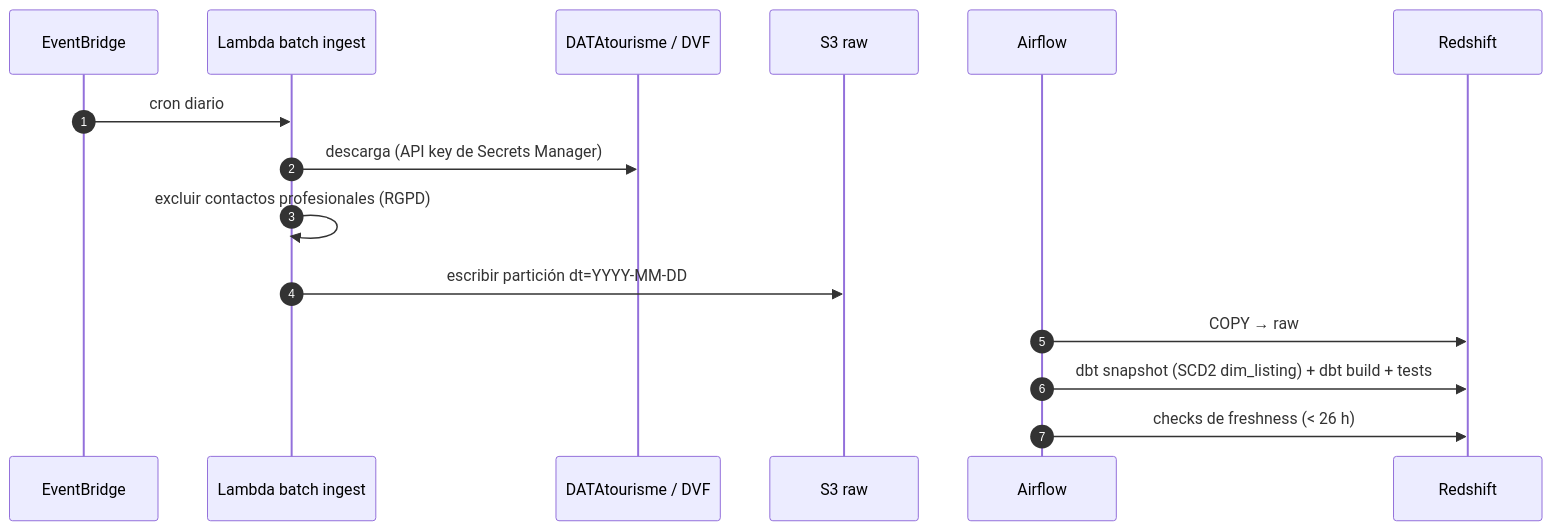
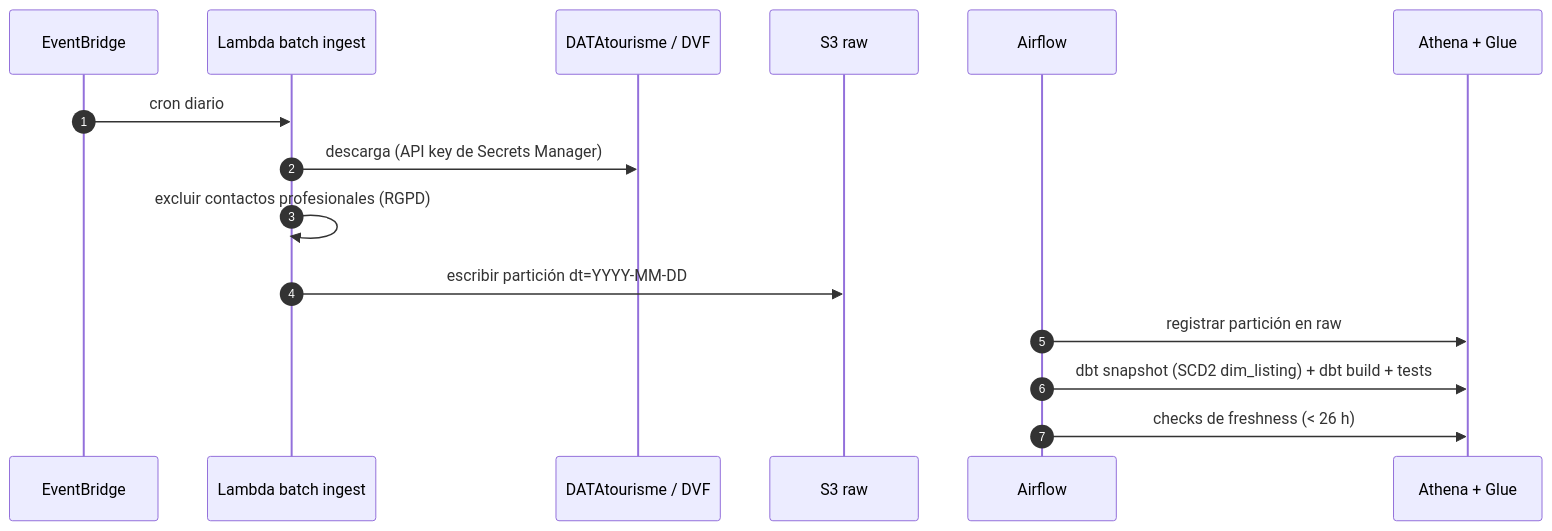
The third of 3 diagrams in docs/architecture/data-flow.md (javiladino/trueflow), drawn with Mermaid before and after one commit. The commit also changed other lines of this file and 10 other files, not shown here.

Commit message:
docs: adopt S3 lakehouse architecture (ADR 0001) and align CLAUDE.md with design-memory

````diff
--- a/docs/architecture/data-flow.md
+++ b/docs/architecture/data-flow.md
@@ -116,18 +116,18 @@
 ```mermaid
 sequenceDiagram
     autonumber
     participant EB as EventBridge
     participant BI as Lambda batch ingest
     participant DT as DATAtourisme / DVF
     participant S as S3 raw
     participant AF as Airflow
-    participant R as Redshift
+    participant AT as Athena + Glue
 
     EB->>BI: cron diario
     BI->>DT: descarga (API key de Secrets Manager)
     BI->>BI: excluir contactos profesionales (RGPD)
     BI->>S: escribir partición dt=YYYY-MM-DD
-    AF->>R: COPY → raw
-    AF->>R: dbt snapshot (SCD2 dim_listing) + dbt build + tests
-    AF->>R: checks de freshness (< 26 h)
+    AF->>AT: registrar partición en raw
+    AF->>AT: dbt snapshot (SCD2 dim_listing) + dbt build + tests
+    AF->>AT: checks de freshness (< 26 h)
 ```
````
